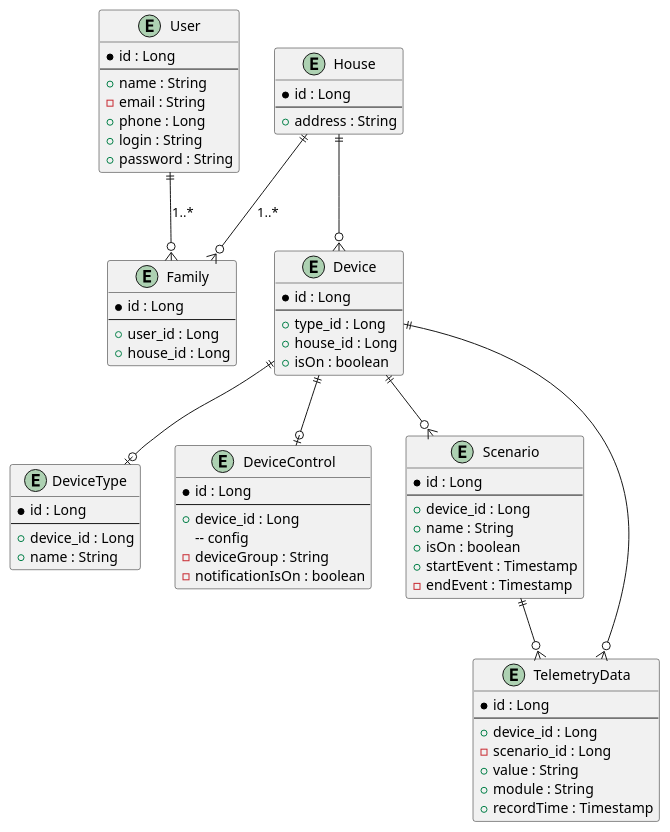
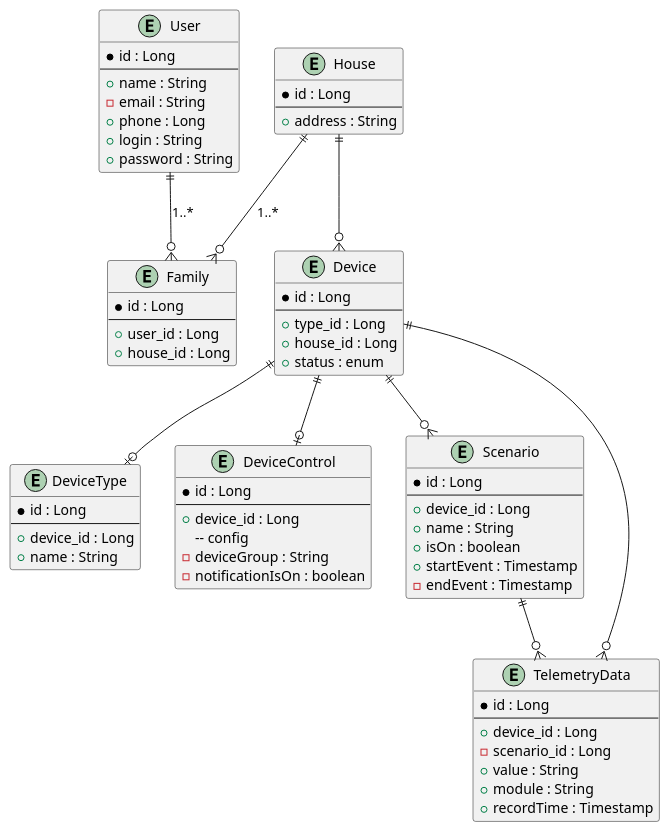
One commit to Ivan-Kozhushko/architecture-sprint-3 changed the diagram in c4-diagrams/to-be/task3-er.puml. Above: the diagram before and after it, drawn with PlantUML. The commit also changed 1 other file, not shown here.

Commit message:
schemas corrections

```diff
--- a/c4-diagrams/to-be/task3-er.puml
+++ b/c4-diagrams/to-be/task3-er.puml
@@ -1,77 +1,77 @@
 @startuml
 entity "User" as user {
     * id : Long
     --
     + name : String
     - email : String
     + phone : Long
     + login : String
     + password : String
 }
 
 entity "House" as house {
     * id : Long
     --
     + address : String
 }
 
 entity "Family" as family {
     * id : Long
     --
     + user_id : Long
     + house_id : Long
 }
 
 entity "Device" as device {
     * id : Long
     --
     + type_id : Long
     + house_id : Long
-    + isOn : boolean
+    + status : enum
 }
 
 entity "DeviceType" as deviceType {
     * id : Long
     --
     + device_id : Long
     + name : String
 }
 
 entity "DeviceControl" as deviceControl {
     * id : Long
     --
     + device_id : Long
     -- config
     - deviceGroup : String
     - notificationIsOn : boolean
 }
 
 entity "Scenario" as scenario {
     * id : Long
     --
     + device_id : Long
     + name : String
     + isOn : boolean
     + startEvent : Timestamp
     - endEvent : Timestamp
 }
 
 entity "TelemetryData" as telemetryData {
     * id : Long
     --
     + device_id : Long
     - scenario_id : Long
     + value : String
     + module : String
     + recordTime : Timestamp
 }
 
 user ||--o{ family : "1..*" 
 house ||--o{ family : "1..*" 
 house ||--o{ device 
 device ||--o| deviceType 
 device ||--o| deviceControl 
 device ||--o{ scenario 
 device ||--o{ telemetryData 
 scenario ||--o{ telemetryData 
 @enduml
```
